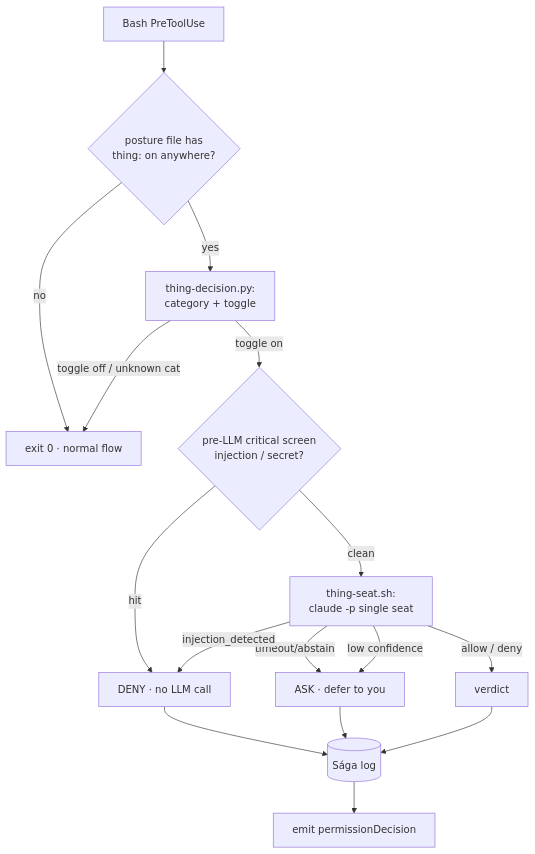
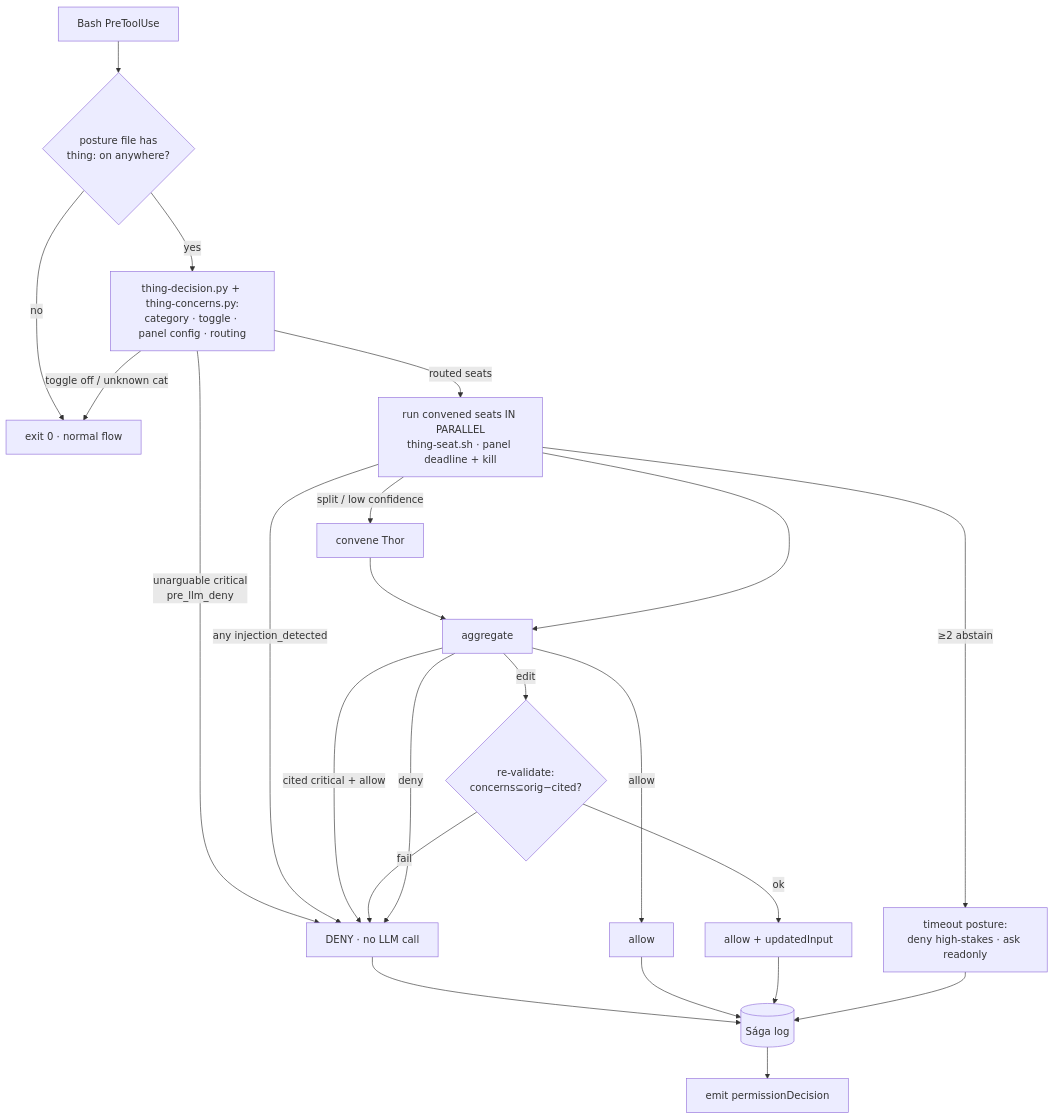
One commit to mcorbett51090/RavenClaude changed the diagram in plugins/ravenclaude-core/skills/thing/SKILL.md. Above: the diagram before and after it, drawn with Mermaid. The commit also changed other lines of this file and 15 other files, not shown here.

````diff
--- a/plugins/ravenclaude-core/skills/thing/SKILL.md
+++ b/plugins/ravenclaude-core/skills/thing/SKILL.md
@@ -43,18 +45,22 @@
 ```mermaid
 flowchart TD
   A[Bash PreToolUse] --> B{posture file has<br/>thing: on anywhere?}
   B -- no --> Z[exit 0 · normal flow]
-  B -- yes --> C[thing-decision.py:<br/>category + toggle]
+  B -- yes --> C[thing-decision.py + thing-concerns.py:<br/>category · toggle · panel config · routing]
   C -- toggle off / unknown cat --> Z
-  C -- toggle on --> D{pre-LLM critical screen<br/>injection / secret?}
-  D -- hit --> DENY[DENY · no LLM call]
-  D -- clean --> E[thing-seat.sh:<br/>claude -p single seat]
-  E -- timeout/abstain --> ASK[ASK · defer to you]
-  E -- injection_detected --> DENY
-  E -- low confidence --> ASK
-  E -- allow / deny --> V[verdict]
-  DENY --> L[(Sága log)]
-  ASK --> L
-  V --> L
+  C -- unarguable critical<br/>pre_llm_deny --> DENY[DENY · no LLM call]
+  C -- routed seats --> E[run convened seats IN PARALLEL<br/>thing-seat.sh · panel deadline + kill]
+  E -- ≥2 abstain --> POST[timeout posture:<br/>deny high-stakes · ask readonly]
+  E -- any injection_detected --> DENY
+  E -- split / low confidence --> T[convene Thor]
+  T --> AGG[aggregate]
+  E --> AGG
+  AGG -- cited critical + allow --> DENY
+  AGG -- edit --> RV{re-validate:<br/>concerns⊆orig−cited?}
+  RV -- ok --> EDIT[allow + updatedInput]
+  RV -- fail --> DENY
+  AGG -- allow --> ALLOW[allow]
+  AGG -- deny --> DENY
+  DENY & ALLOW & EDIT & POST --> L[(Sága log)]
   L --> OUT[emit permissionDecision]
 ```
````
